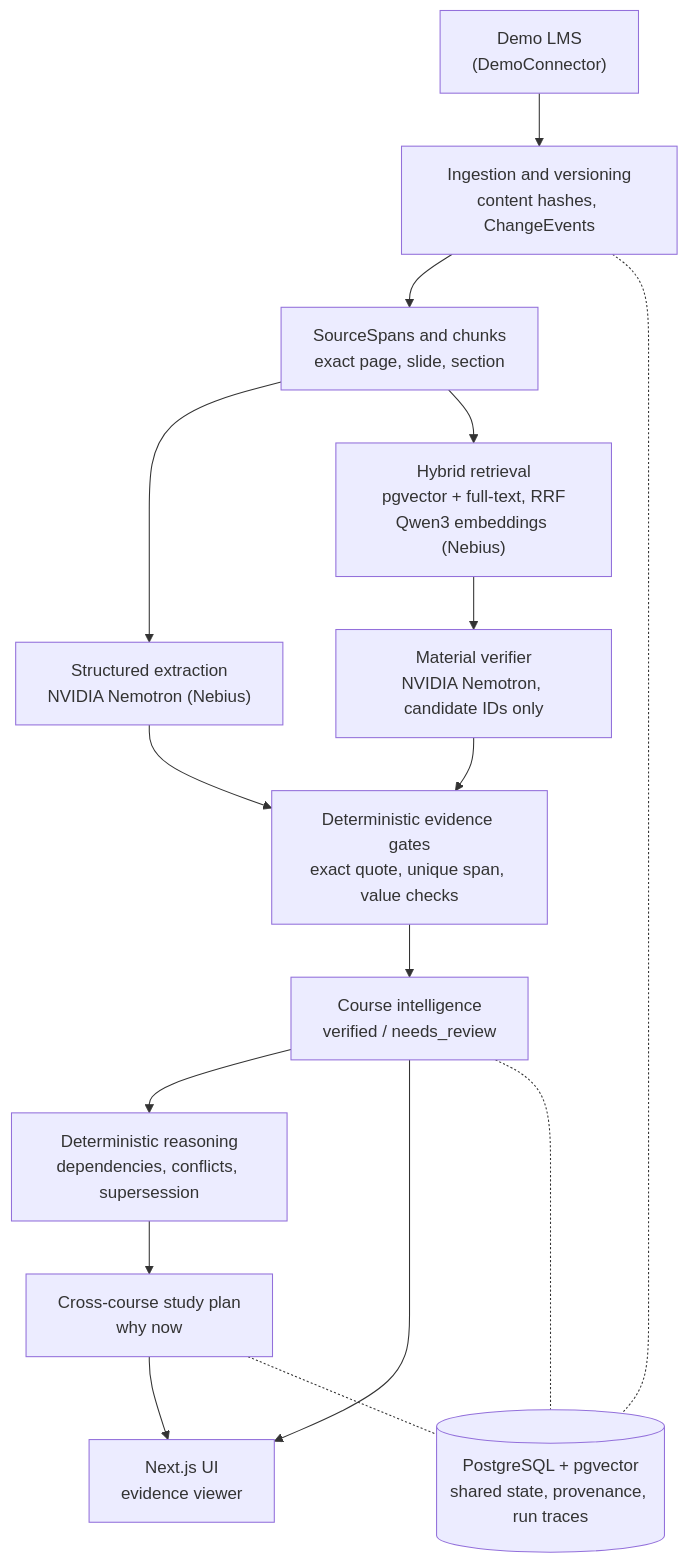
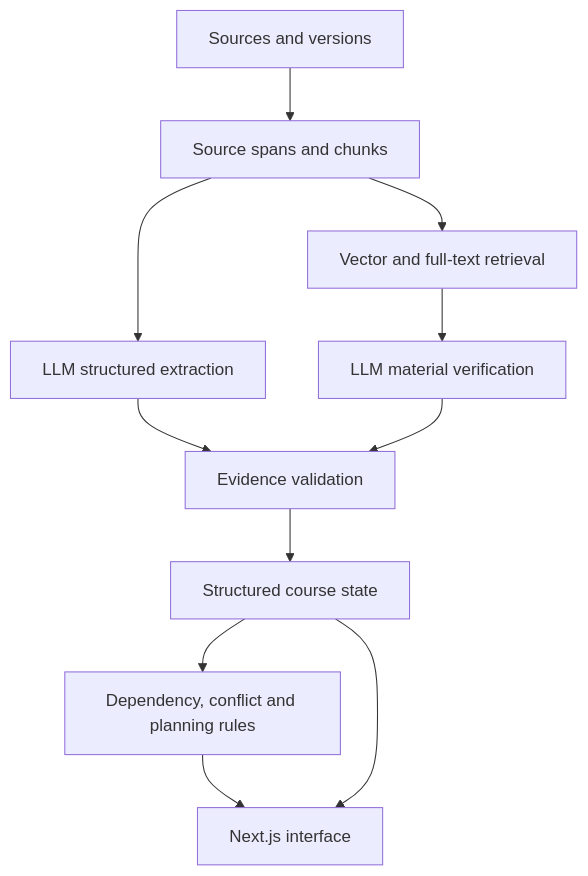
One commit to eseeyuh/courseflow changed the diagram in README.md. Above: the diagram before and after it, drawn with Mermaid. The commit also changed other lines of this file and 1 other file, not shown here.

Commit message:
Improve README with demo and engineering overview

````diff
--- a/README.md
+++ b/README.md
@@ -74,19 +48,13 @@
 ```mermaid
 flowchart TD
-    LMS["Demo LMS<br/>(DemoConnector)"] --> ING["Ingestion and versioning<br/>content hashes, ChangeEvents"]
-    ING --> SPAN["SourceSpans and chunks<br/>exact page, slide, section"]
-    SPAN --> EXT["Structured extraction<br/>NVIDIA Nemotron (Nebius)"]
-    SPAN --> RET["Hybrid retrieval<br/>pgvector + full-text, RRF<br/>Qwen3 embeddings (Nebius)"]
-    RET --> VER["Material verifier<br/>NVIDIA Nemotron, candidate IDs only"]
-    EXT --> GATE["Deterministic evidence gates<br/>exact quote, unique span, value checks"]
-    VER --> GATE
-    GATE --> INT["Course intelligence<br/>verified / needs_review"]
-    INT --> RSN["Deterministic reasoning<br/>dependencies, conflicts, supersession"]
-    RSN --> PLAN["Cross-course study plan<br/>why now"]
-    INT --> UI["Next.js UI<br/>evidence viewer"]
-    PLAN --> UI
-    DB[("PostgreSQL + pgvector<br/>shared state, provenance, run traces")]
-    ING -.- DB
-    INT -.- DB
-    PLAN -.- DB
+    A["Sources and versions"] --> B["Source spans and chunks"]
+    B --> C["LLM structured extraction"]
+    B --> D["Vector and full-text retrieval"]
+    C --> E["Evidence validation"]
+    D --> F["LLM material verification"]
+    F --> E
+    E --> G["Structured course state"]
+    G --> H["Dependency, conflict and planning rules"]
+    H --> I["Next.js interface"]
+    G --> I
 ```
````
